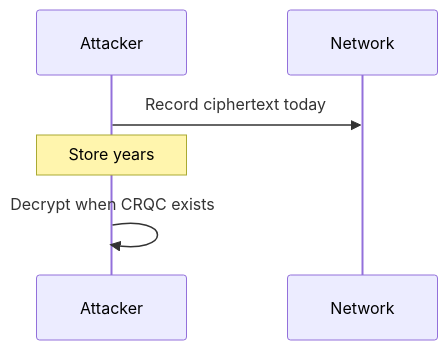
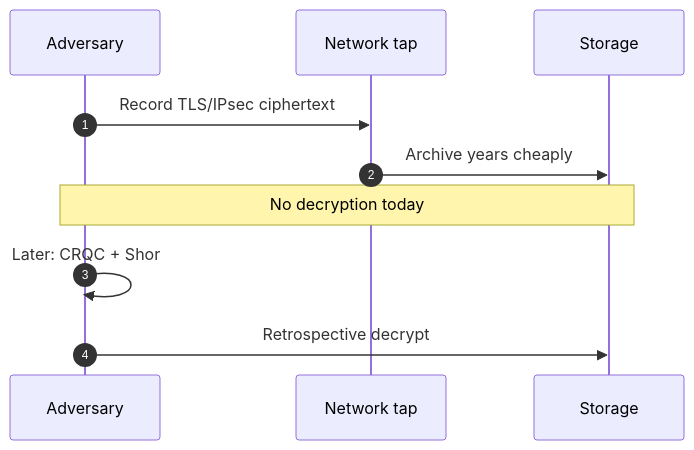
One commit to kalyogyogi-ui/Ai-check- changed the second of 3 diagrams in manuscript/chapters/01-introduction.md. Above: the diagram before and after it, drawn with Mermaid. The commit also changed other lines of this file and 31 other files, not shown here.

First line of the commit message:
Fix figure placement: in-section after intro text, repair corrupted headings

````diff
--- a/manuscript/chapters/01-introduction.md
+++ b/manuscript/chapters/01-introduction.md
@@ -117,8 +124,12 @@
 ```mermaid
 sequenceDiagram
-  participant Attacker
-  participant Network
-  Attacker->>Network: Record ciphertext today
-  Note over Attacker: Store years
-  Attacker->>Attacker: Decrypt when CRQC exists
+  autonumber
+  participant A as Adversary
+  participant N as Network tap
+  participant S as Storage
+  A->>N: Record TLS/IPsec ciphertext
+  N->>S: Archive years cheaply
+  Note over A,S: No decryption today
+  A->>A: Later: CRQC + Shor
+  A->>S: Retrospective decrypt
 ```
````
